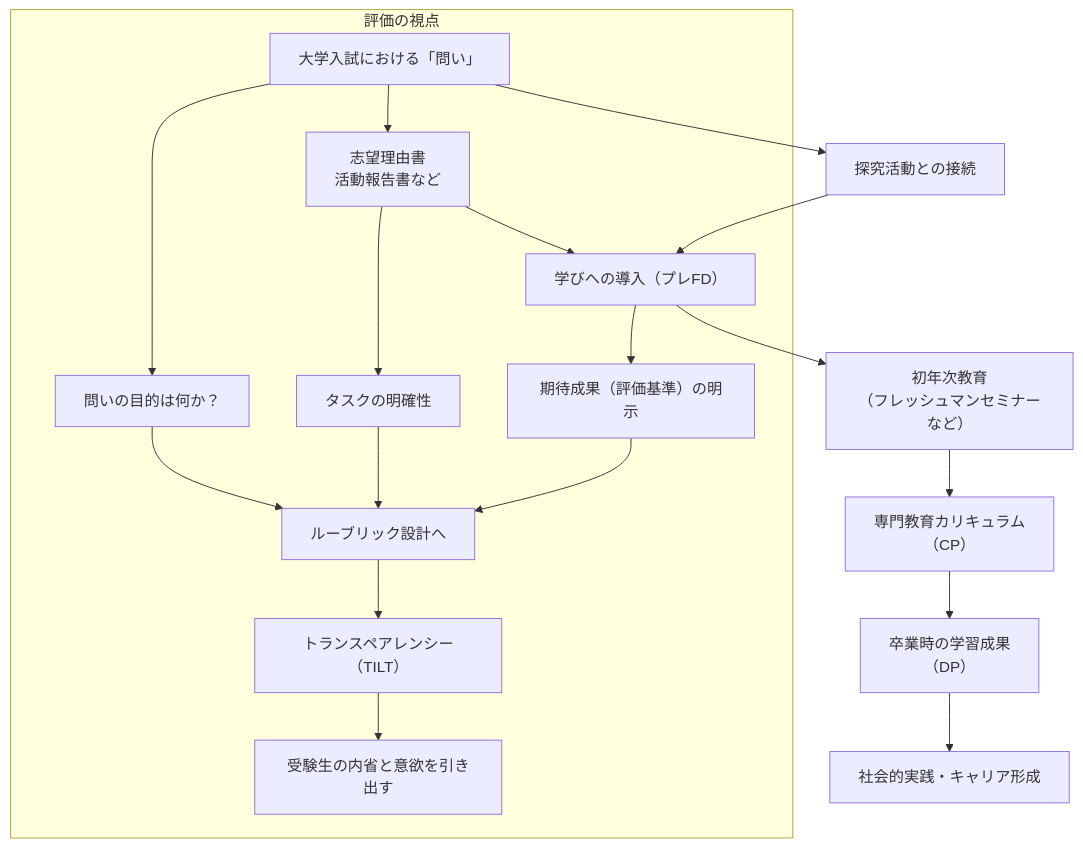
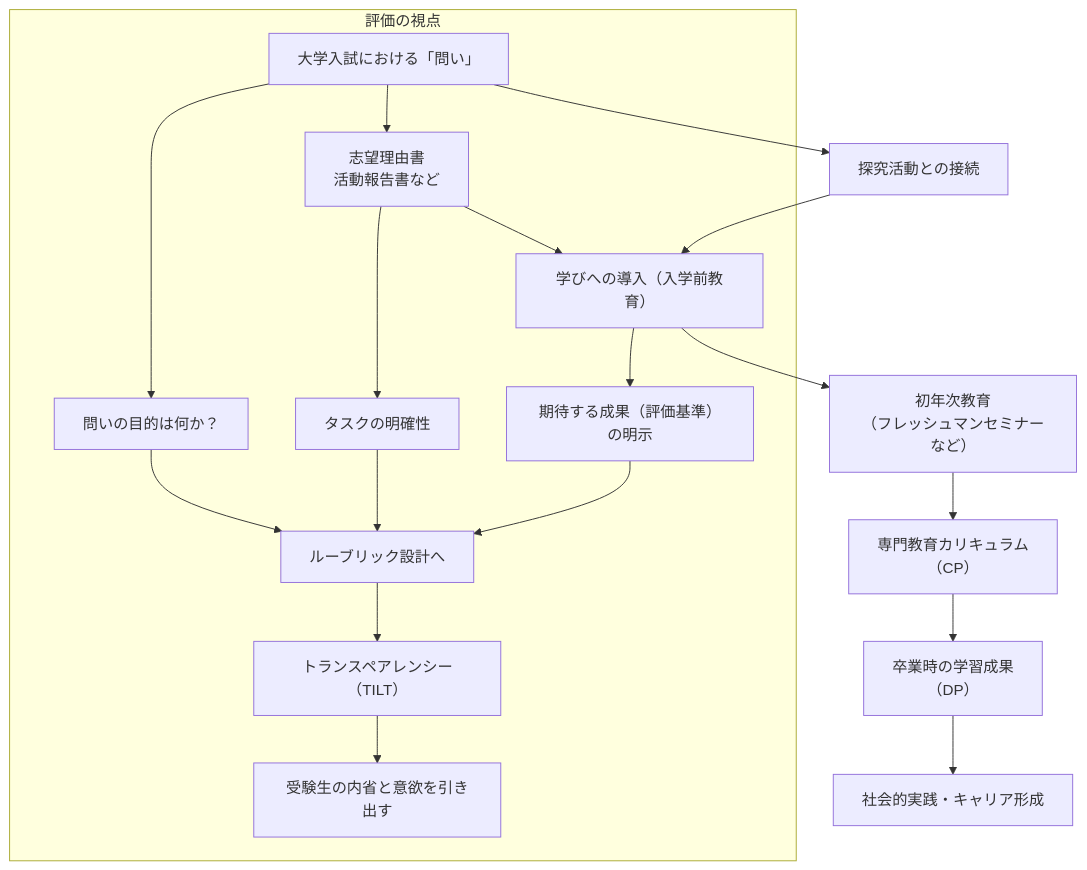
The diagram in _notes/2025-08-17-rubrics.md (kimikazu/ks-academic-constellation), drawn with Mermaid before and after one commit.

````diff
--- a/_notes/2025-08-17-rubrics.md
+++ b/_notes/2025-08-17-rubrics.md
@@ -9,22 +9,22 @@
 ``` mermaid
 graph TD
   A[大学入試における「問い」] --> B1[志望理由書<br>活動報告書など]
   A --> B2[探究活動との接続]
-  B1 --> C1[学びへの導入（プレFD）]
+  B1 --> C1[学びへの導入（入学前教育）]
   B2 --> C1
   C1 --> D1[初年次教育<br>（フレッシュマンセミナーなど）]
   D1 --> E1[専門教育カリキュラム<br>（CP）]
   E1 --> F1[卒業時の学習成果<br>（DP）]
   F1 --> G[社会的実践・キャリア形成]
 
   subgraph 評価の視点
     A --> R1[問いの目的は何か？]
     B1 --> R2[タスクの明確性]
-    C1 --> R3[期待成果（評価基準）の明示]
+    C1 --> R3[期待する成果（評価基準）の明示]
     R1 --> R4[ルーブリック設計へ]
     R2 --> R4
     R3 --> R4
     R4 --> H[トランスペアレンシー（TILT）]
     H --> I[受験生の内省と意欲を引き出す]
   end
 ```
````
